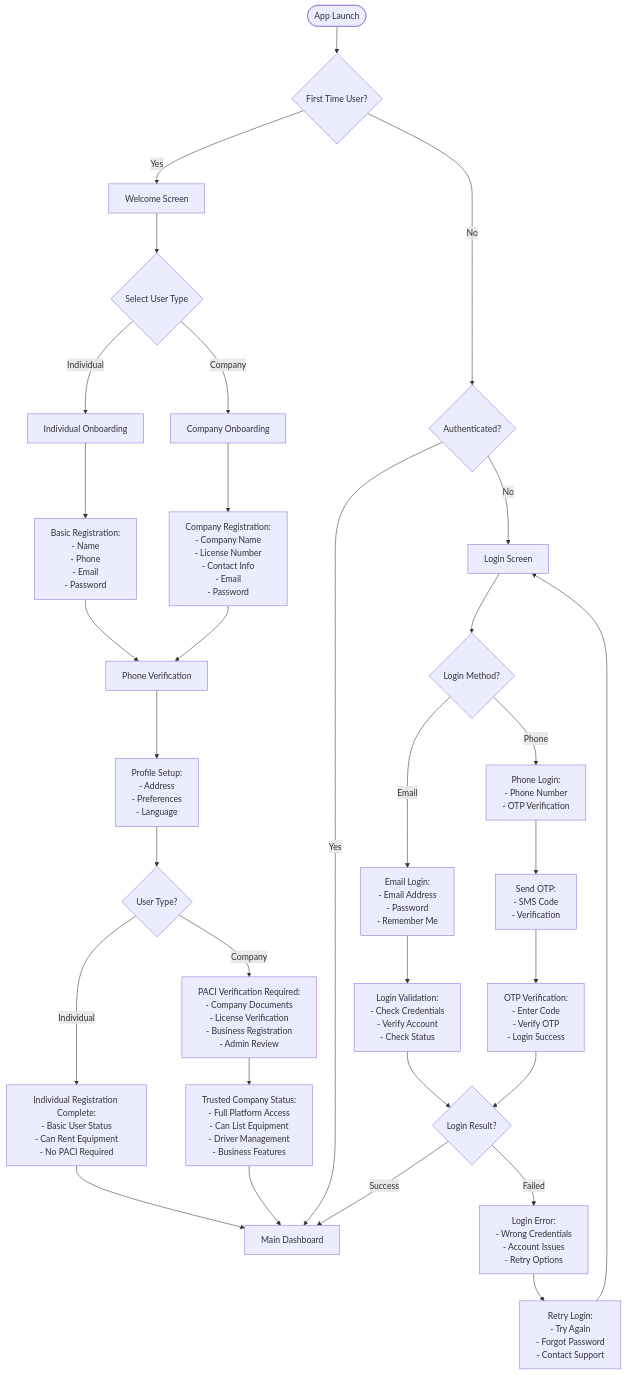
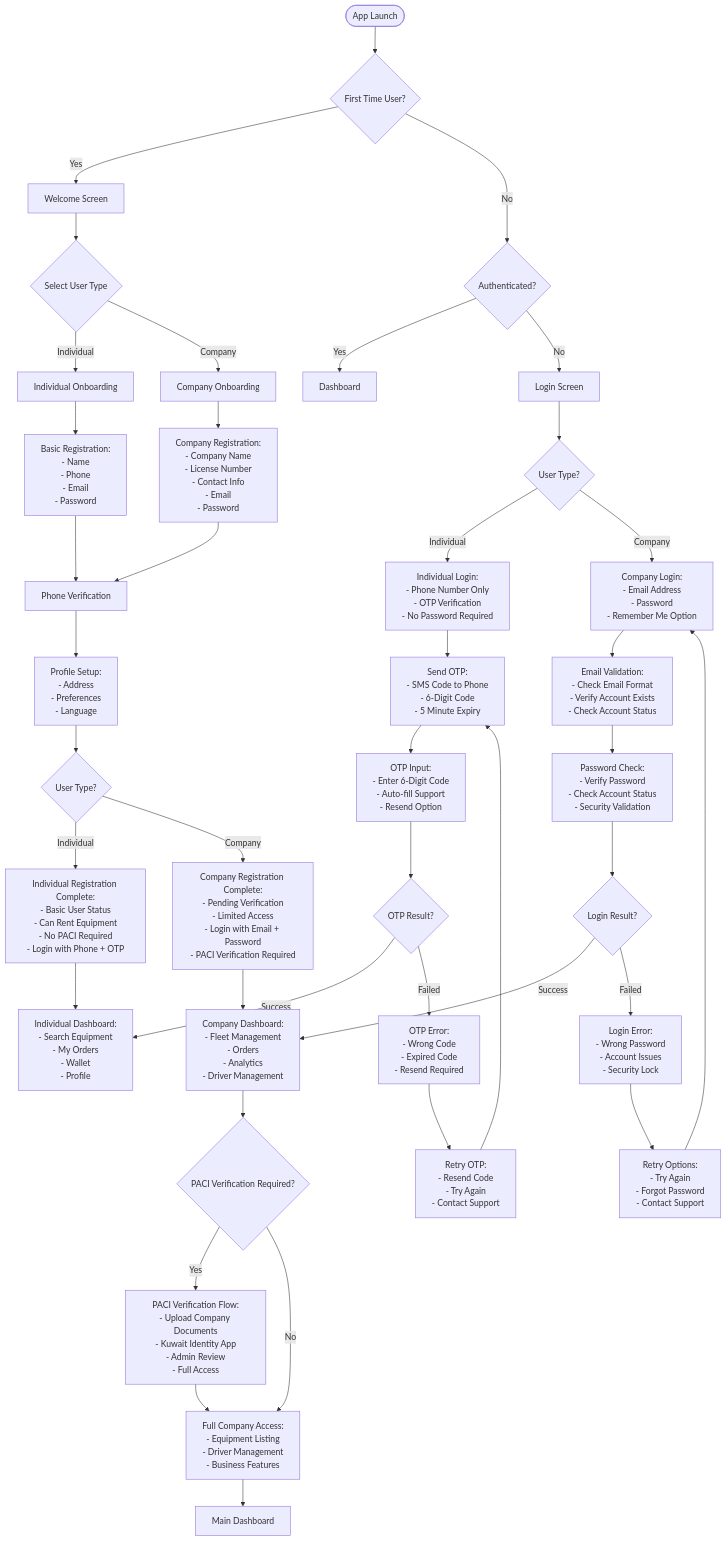
One commit to engaotb/YARDR changed the first of 25 diagrams in 04_User_Experience_Flows.md. Above: the diagram before and after it, drawn with Mermaid.

Commit message:
Fix authentication flow logic - separate login methods
- Individual Users: Phone + OTP only (no PACI verification)
- Company Users: Email + Password + PACI verification required
- PACI verification happens after company login, not during registration
- Clear separation between individual and company authentication flows
- Individual dashboard: basic features only
- Company dashboard: full features after PACI verification
- Fixed flow logic to match actual user requirements

````diff
--- a/04_User_Experience_Flows.md
+++ b/04_User_Experience_Flows.md
@@ -36,47 +36,62 @@
 ```mermaid
 flowchart TD
     Start([App Launch]) --> FirstTime{First Time User?}
     
     FirstTime -->|Yes| Welcome[Welcome Screen]
     FirstTime -->|No| AuthCheck{Authenticated?}
     
     Welcome --> UserType{Select User Type}
     UserType -->|Individual| IndividualOnboarding[Individual Onboarding]
     UserType -->|Company| CompanyOnboarding[Company Onboarding]
     
     IndividualOnboarding --> BasicRegistration[Basic Registration:<br/>- Name<br/>- Phone<br/>- Email<br/>- Password]
     CompanyOnboarding --> CompanyRegistration[Company Registration:<br/>- Company Name<br/>- License Number<br/>- Contact Info<br/>- Email<br/>- Password]
     
     BasicRegistration --> PhoneVerification[Phone Verification]
     CompanyRegistration --> PhoneVerification
     
     PhoneVerification --> ProfileSetup[Profile Setup:<br/>- Address<br/>- Preferences<br/>- Language]
     
     ProfileSetup --> UserTypeCheck{User Type?}
-    UserTypeCheck -->|Individual| IndividualComplete[Individual Registration Complete:<br/>- Basic User Status<br/>- Can Rent Equipment<br/>- No PACI Required]
-    UserTypeCheck -->|Company| PACIVerification[PACI Verification Required:<br/>- Company Documents<br/>- License Verification<br/>- Business Registration<br/>- Admin Review]
+    UserTypeCheck -->|Individual| IndividualComplete[Individual Registration Complete:<br/>- Basic User Status<br/>- Can Rent Equipment<br/>- No PACI Required<br/>- Login with Phone + OTP]
+    UserTypeCheck -->|Company| CompanyComplete[Company Registration Complete:<br/>- Pending Verification<br/>- Limited Access<br/>- Login with Email + Password<br/>- PACI Verification Required]
     
-    IndividualComplete --> Dashboard[Main Dashboard]
-    PACIVerification --> TrustedCompany[Trusted Company Status:<br/>- Full Platform Access<br/>- Can List Equipment<br/>- Driver Management<br/>- Business Features]
-    TrustedCompany --> Dashboard
+    IndividualComplete --> IndividualDashboard[Individual Dashboard:<br/>- Search Equipment<br/>- My Orders<br/>- Wallet<br/>- Profile Settings]
+    CompanyComplete --> CompanyDashboard[Company Dashboard:<br/>- Pending Verification<br/>- Upload Documents<br/>- PACI Verification<br/>- Limited Features]
+    
+    CompanyDashboard --> PACIRequired{PACI Verification Required?}
+    PACIRequired -->|Yes| PACIFlow[PACI Verification Flow:<br/>- Upload Company Documents<br/>- Kuwait Identity App<br/>- Admin Review<br/>- Full Access]
+    PACIRequired -->|No| FullCompanyAccess[Full Company Access:<br/>- Equipment Listing<br/>- Driver Management<br/>- Business Features]
+    
+    PACIFlow --> FullCompanyAccess
+    FullCompanyAccess --> MainDashboard[Main Dashboard]
     
     AuthCheck -->|Yes| Dashboard
     AuthCheck -->|No| Login[Login Screen]
-    Login --> LoginMethod{Login Method?}
-    LoginMethod -->|Email| EmailLogin[Email Login:<br/>- Email Address<br/>- Password<br/>- Remember Me]
-    LoginMethod -->|Phone| PhoneLogin[Phone Login:<br/>- Phone Number<br/>- OTP Verification]
+    Login --> UserTypeLogin{User Type?}
+    UserTypeLogin -->|Individual| IndividualLogin[Individual Login:<br/>- Phone Number Only<br/>- OTP Verification<br/>- No Password Required]
+    UserTypeLogin -->|Company| CompanyLogin[Company Login:<br/>- Email Address<br/>- Password<br/>- Remember Me Option]
     
-    EmailLogin --> LoginValidation[Login Validation:<br/>- Check Credentials<br/>- Verify Account<br/>- Check Status]
-    PhoneLogin --> SendOTP[Send OTP:<br/>- SMS Code<br/>- Verification]
+    IndividualLogin --> SendOTP[Send OTP:<br/>- SMS Code to Phone<br/>- 6-Digit Code<br/>- 5 Minute Expiry]
     
-    SendOTP --> OTPVerification[OTP Verification:<br/>- Enter Code<br/>- Verify OTP<br/>- Login Success]
+    CompanyLogin --> EmailValidation[Email Validation:<br/>- Check Email Format<br/>- Verify Account Exists<br/>- Check Account Status]
     
-    LoginValidation --> LoginResult{Login Result?}
-    OTPVerification --> LoginResult
+    SendOTP --> OTPInput[OTP Input:<br/>- Enter 6-Digit Code<br/>- Auto-fill Support<br/>- Resend Option]
     
-    LoginResult -->|Success| Dashboard
-    LoginResult -->|Failed| LoginError[Login Error:<br/>- Wrong Credentials<br/>- Account Issues<br/>- Retry Options]
+    EmailValidation --> PasswordCheck[Password Check:<br/>- Verify Password<br/>- Check Account Status<br/>- Security Validation]
     
-    LoginError --> RetryLogin[Retry Login:<br/>- Try Again<br/>- Forgot Password<br/>- Contact Support]
-    RetryLogin --> Login
+    OTPInput --> OTPResult{OTP Result?}
+    PasswordCheck --> LoginResult{Login Result?}
+    
+    OTPResult -->|Success| IndividualDashboard[Individual Dashboard:<br/>- Search Equipment<br/>- My Orders<br/>- Wallet<br/>- Profile]
+    OTPResult -->|Failed| OTPError[OTP Error:<br/>- Wrong Code<br/>- Expired Code<br/>- Resend Required]
+    
+    LoginResult -->|Success| CompanyDashboard[Company Dashboard:<br/>- Fleet Management<br/>- Orders<br/>- Analytics<br/>- Driver Management]
+    LoginResult -->|Failed| LoginError[Login Error:<br/>- Wrong Password<br/>- Account Issues<br/>- Security Lock]
+    
+    LoginError --> RetryOptions[Retry Options:<br/>- Try Again<br/>- Forgot Password<br/>- Contact Support]
+    OTPError --> RetryOTP[Retry OTP:<br/>- Resend Code<br/>- Try Again<br/>- Contact Support]
+    
+    RetryOptions --> CompanyLogin
+    RetryOTP --> SendOTP
 ```
````
